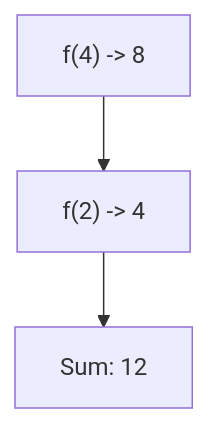
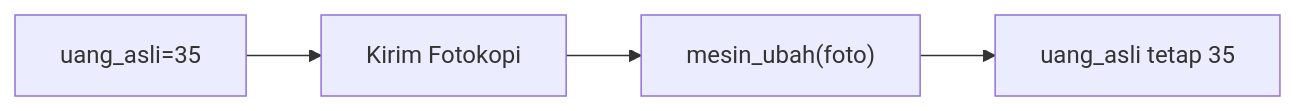
Before and after one commit to amnahwaida/OSNK_INF_PREP: the fifth of 25 diagrams in part-c-pemahaman-cpp/04-fungsi/latihan/set-07.md, drawn with Mermaid. The commit also changed other lines of this file and 71 other files, not shown here.

````diff
--- a/part-c-pemahaman-cpp/04-fungsi/latihan/set-07.md
+++ b/part-c-pemahaman-cpp/04-fungsi/latihan/set-07.md
@@ -126,5 +133,6 @@
 ```mermaid
-graph TD
-A["f(4) -> 8"] --> B["f(2) -> 4"]
-B --> C["Sum: 12"]
+graph LR
+A["uang_asli=35"] --> B["Kirim Fotokopi"]
+B --> C["mesin_ubah(foto)"]
+C --> D["uang_asli tetap 35"]
 ```
````
